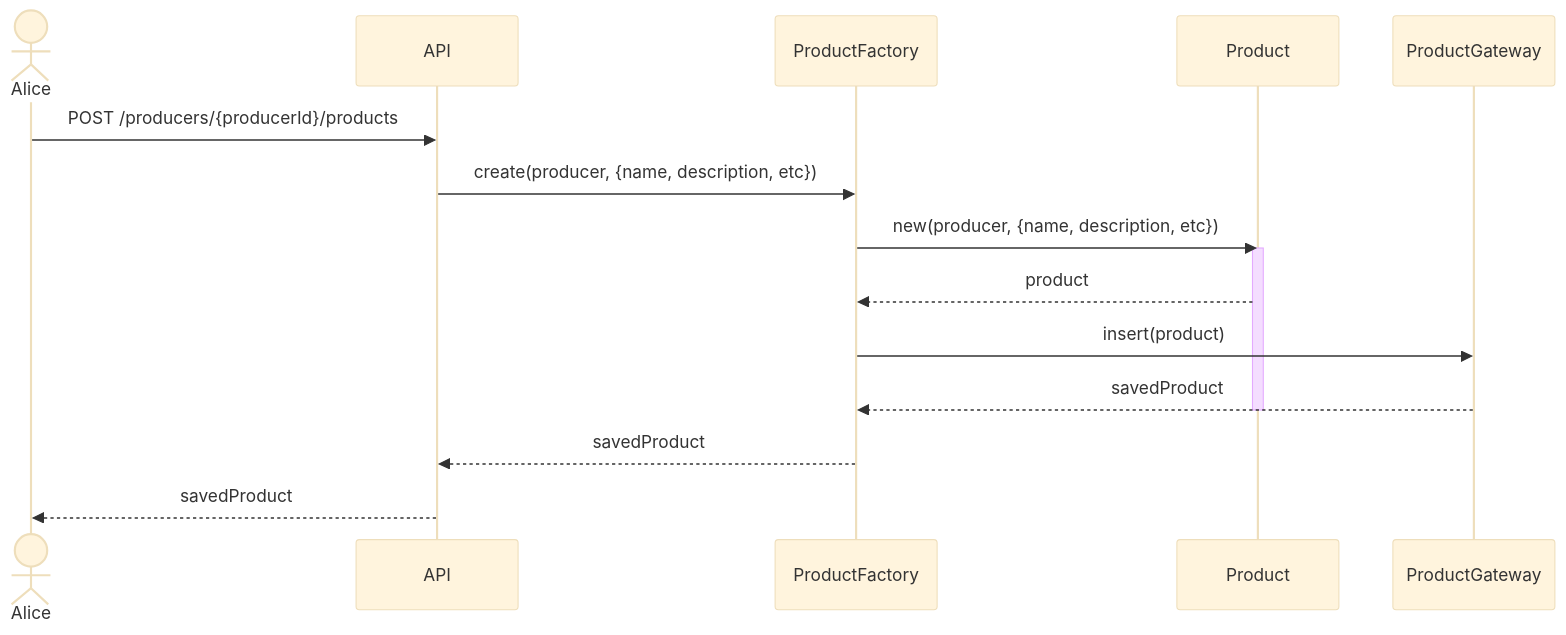
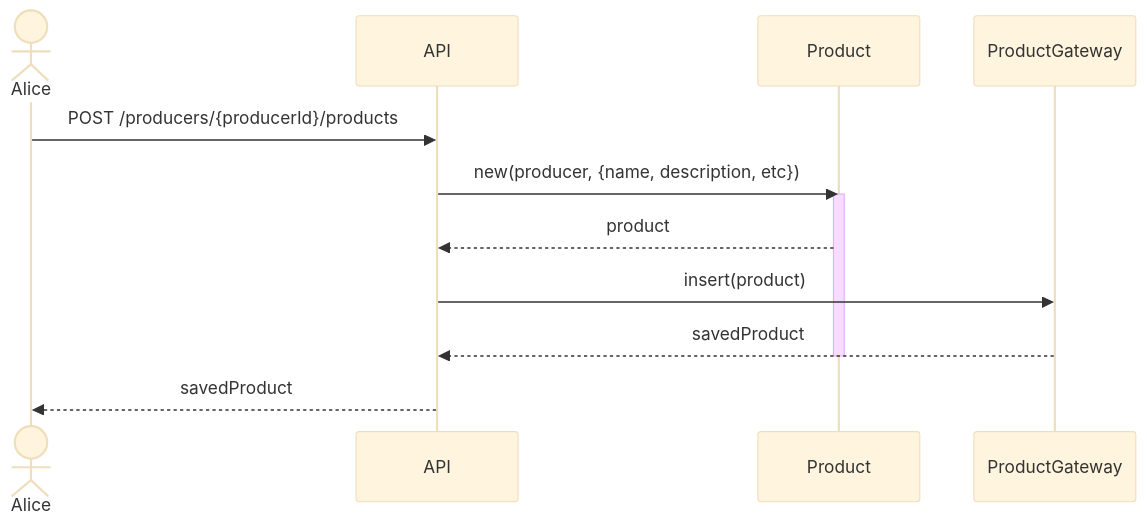
Before and after one commit to hivetown/planning: diagram 22 of 32 in sequence.md, drawn with Mermaid (base theme). The commit also changed other lines of this file, not shown here.

````diff
--- a/sequence.md
+++ b/sequence.md
@@ -830,23 +810,19 @@
 ```mermaid
 sequenceDiagram
     actor A as Alice
     participant API as API
-    participant PF as ProductFactory
     participant P as Product
     participant PG as ProductGateway
 
     A ->> API: POST /producers/{producerId}/products
 
-    API ->> PF: create(producer, {name, description, etc})
+    API ->> P: new(producer, {name, description, etc})
+    activate P
+    P -->> API: product
 
-    PF ->> P: new(producer, {name, description, etc})
-    activate P
-    P -->> PF: product
-
-    PF ->> PG: insert(product)
-    PG -->> PF: savedProduct
+    API ->> PG: insert(product)
+    PG -->> API: savedProduct
     deactivate P
 
-    PF -->> API: savedProduct
     API -->> A: savedProduct
 ```
````
